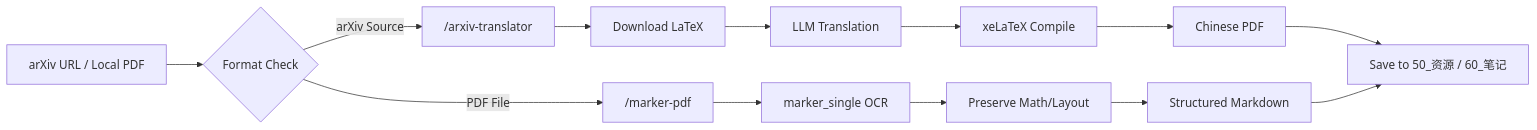
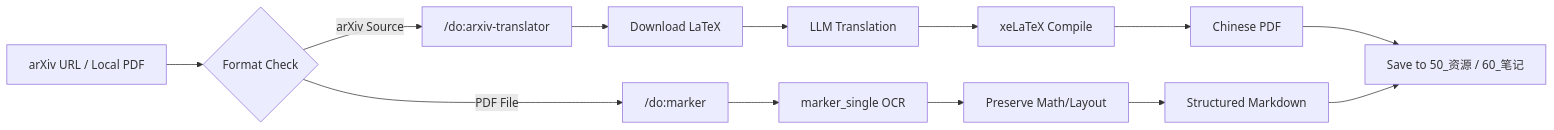
Before and after one commit to dull-bird/DeepOrbit: the second of 4 diagrams in Architecture.md, drawn with Mermaid. The commit also changed other lines of this file and 105 other files, not shown here.

Commit message:
refactor(architecture): Update command paths to include 'do:' prefix and remove deprecated files

````diff
--- a/Architecture.md
+++ b/Architecture.md
@@ -81,17 +81,17 @@
 ```mermaid
 graph LR
     Input[arXiv URL / Local PDF] --> Router{Format Check}
     
-    Router -- arXiv Source --> ArxivAgent["/arxiv-translator"]
+    Router -- arXiv Source --> ArxivAgent["/do:arxiv-translator"]
     ArxivAgent --> DL[Download LaTeX]
     DL --> Trans[LLM Translation]
     Trans --> Compile[xeLaTeX Compile]
     Compile --> Out_PDF[Chinese PDF]
     
-    Router -- PDF File --> MarkerAgent["/marker-pdf"]
+    Router -- PDF File --> MarkerAgent["/do:marker"]
     MarkerAgent --> OCR[marker_single OCR]
     OCR --> Markdown[Preserve Math/Layout]
     Markdown --> Out_MD[Structured Markdown]
     
     Out_PDF & Out_MD --> Vault[Save to 50_资源 / 60_笔记]
 ```
````
